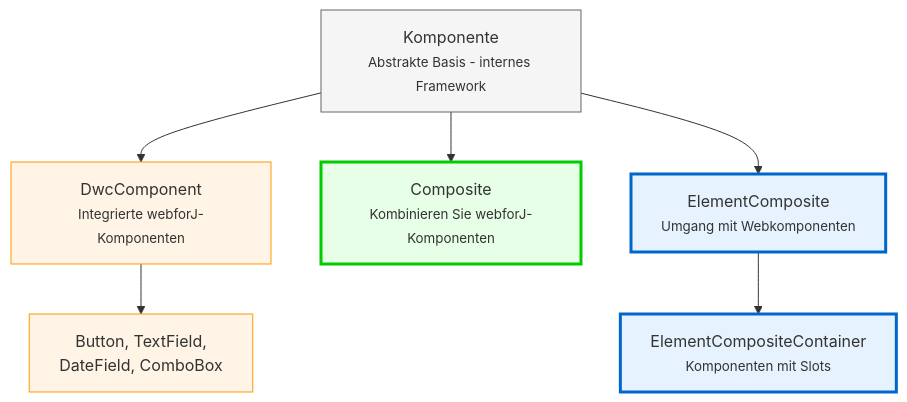
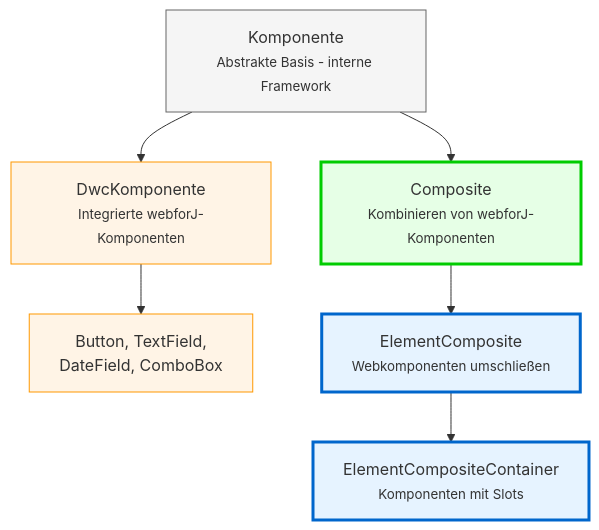
One commit to webforj/webforj-documentation changed the diagram in docs/i18n/de/docusaurus-plugin-content-docs/current/building-ui/component-fundamentals.md. Above: the diagram before and after it, drawn with Mermaid. The commit also changed other lines of this file and 389 other files, not shown here.

````diff
--- a/docs/i18n/de/docusaurus-plugin-content-docs/current/building-ui/component-fundamentals.md
+++ b/docs/i18n/de/docusaurus-plugin-content-docs/current/building-ui/component-fundamentals.md
@@ -52,22 +52,22 @@
 ```mermaid
 graph TD
-    A[Komponente<br/><small>Abstrakte Basis - internes Framework</small>]
-    
-    A --> B[DwcComponent<br/><small>Integrierte webforJ-Komponenten</small>]
-    A --> C[Composite<br/><small>Kombinieren Sie webforJ-Komponenten</small>]
-    A --> D[ElementComposite<br/><small>Umgang mit Webkomponenten</small>]
-    
-    B --> E[Button, TextField,<br/>DateField, ComboBox]
-    
-    D --> F[ElementCompositeContainer<br/><small>Komponenten mit Slots</small>]
-    
-    style A fill:#f5f5f5,stroke:#666
-    style B fill:#fff4e6,stroke:#ff9800
-    style C fill:#e6ffe6,stroke:#00cc00
-    style D fill:#e6f3ff,stroke:#0066cc
-    style E fill:#fff4e6,stroke:#ff9800
-    style F fill:#e6f3ff,stroke:#0066cc
-    
-    classDef userClass stroke-width:3px
-    class C,D,F userClass
+  A[Komponente<br/><small>Abstrakte Basis - interne Framework</small>]
+  
+  A --> B[DwcKomponente<br/><small>Integrierte webforJ-Komponenten</small>]
+  A --> C[Composite<br/><small>Kombinieren von webforJ-Komponenten</small>]
+  
+  B --> E[Button, TextField,<br/>DateField, ComboBox]
+  
+  C --> D[ElementComposite<br/><small>Webkomponenten umschließen</small>]
+  D --> F[ElementCompositeContainer<br/><small>Komponenten mit Slots</small>]
+  
+  style A fill:#f5f5f5,stroke:#666
+  style B fill:#fff4e6,stroke:#ff9800
+  style C fill:#e6ffe6,stroke:#00cc00
+  style D fill:#e6f3ff,stroke:#0066cc
+  style E fill:#fff4e6,stroke:#ff9800
+  style F fill:#e6f3ff,stroke:#0066cc
+  
+  classDef userClass stroke-width:3px
+  class C,D,F userClass
 ```
````
